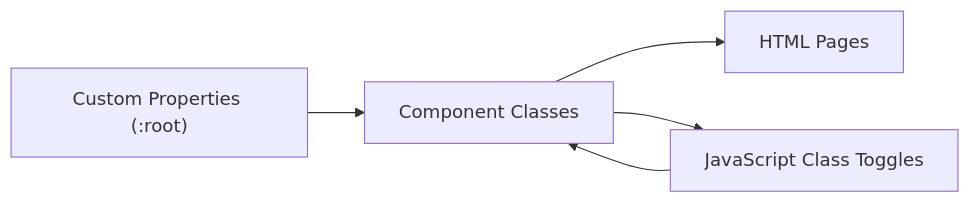
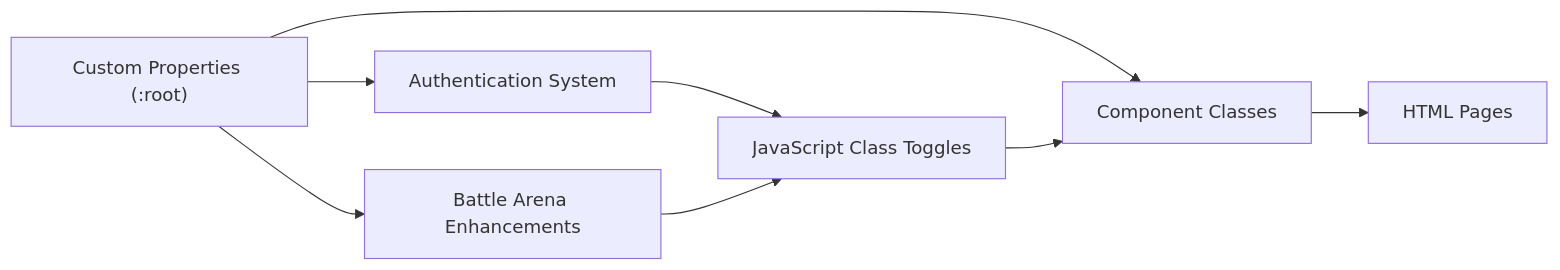
The third of 3 diagrams in .qoder/repowiki/en/content/Frontend Application/Theme & Styling System.md (RunTimeAdmin/tri-ai), drawn with Mermaid before and after one commit. The commit also changed other lines of this file and 13 other files, not shown here.

````diff
--- a/.qoder/repowiki/en/content/Frontend Application/Theme & Styling System.md
+++ b/.qoder/repowiki/en/content/Frontend Application/Theme & Styling System.md
@@ -243,7 +322,10 @@
 ```mermaid
 graph LR
 RootVars["Custom Properties (:root)"] --> Components["Component Classes"]
+RootVars --> AuthSystem["Authentication System"]
+RootVars --> ArenaEnhancements["Battle Arena Enhancements"]
 Components --> HTMLPages["HTML Pages"]
-Components --> JSInteraction["JavaScript Class Toggles"]
+AuthSystem --> JSInteraction["JavaScript Class Toggles"]
+ArenaEnhancements --> JSInteraction
 JSInteraction --> Components
 ```
````
